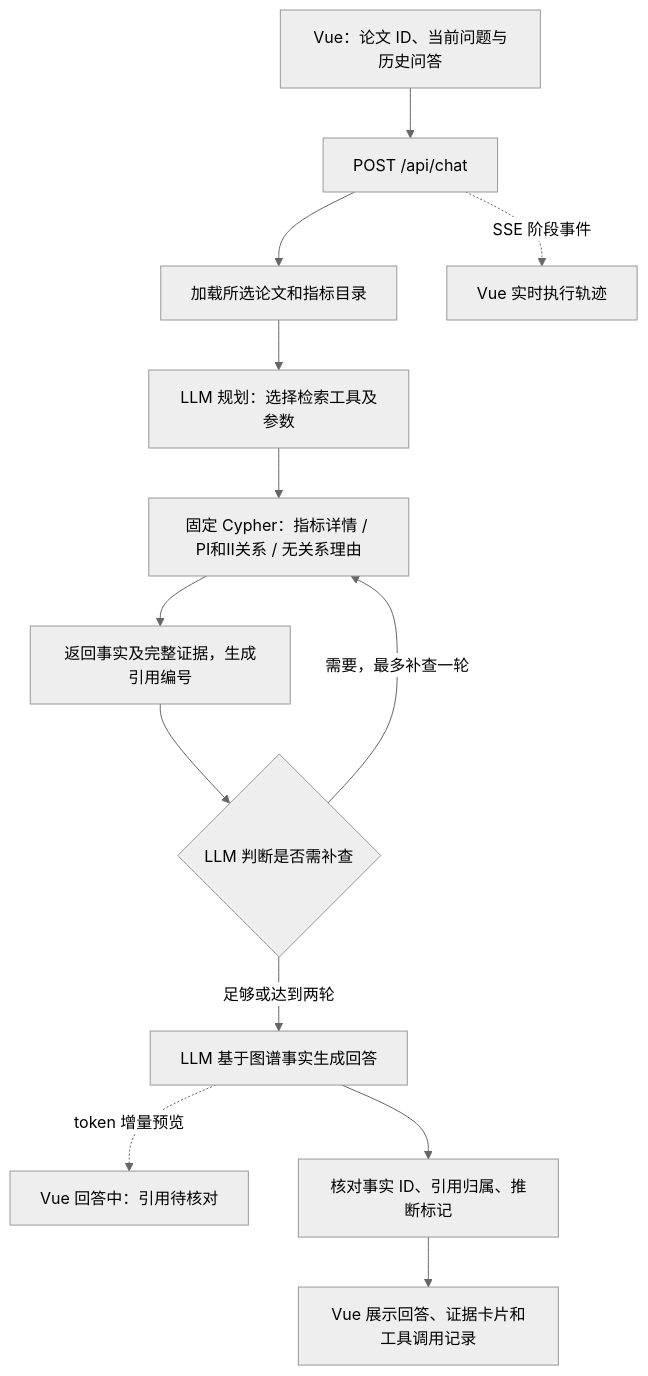
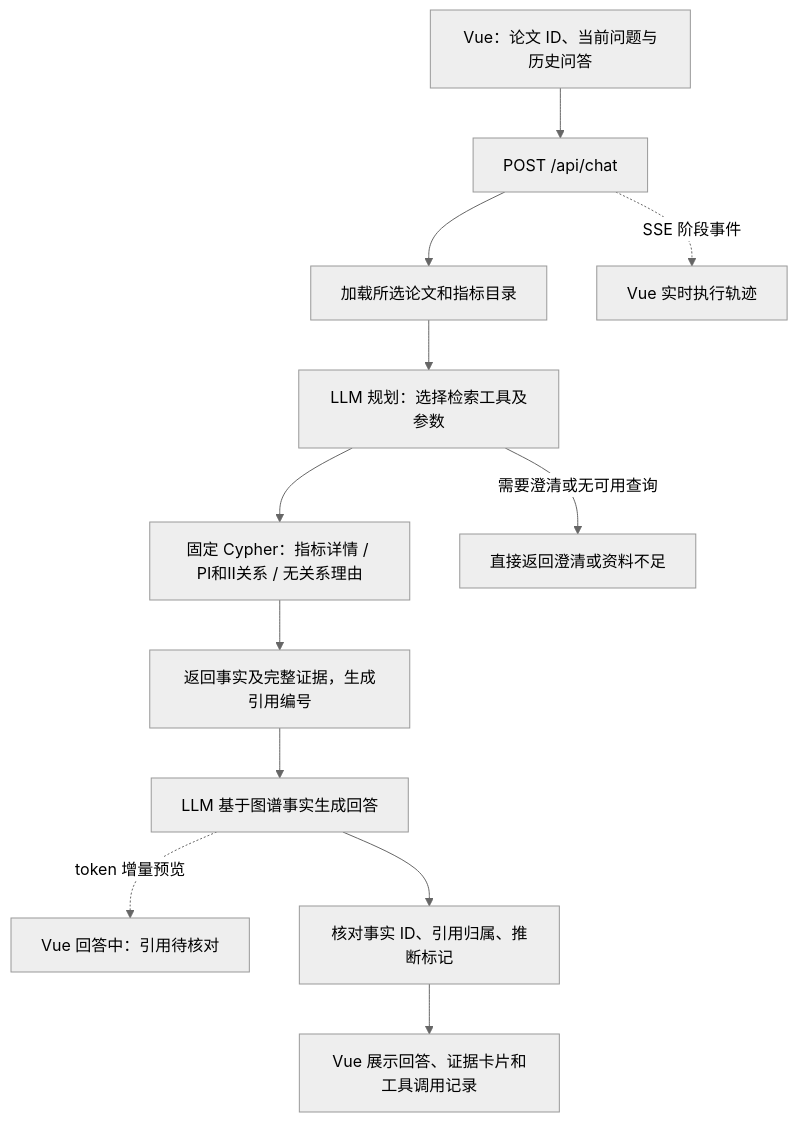
Before and after one commit to Zengzzhao/Metrics-Assistant: the fourth of 4 diagrams in README.md, drawn with Mermaid (neutral theme). The commit also changed other lines of this file and 12 other files, not shown here.

````diff
--- a/README.md
+++ b/README.md
@@ -479,15 +482,14 @@
 ```mermaid
 flowchart TD
     A[Vue：论文 ID、当前问题与历史问答] --> B[POST /api/chat]
     B --> C[加载所选论文和指标目录]
     B -. SSE 阶段事件 .-> U[Vue 实时执行轨迹]
     C --> D[LLM 规划：选择检索工具及参数]
     D --> E[固定 Cypher：指标详情 / PI和II关系 / 无关系理由]
     E --> F[返回事实及完整证据，生成引用编号]
-    F --> G{LLM 判断是否需补查}
-    G -->|需要，最多补查一轮| E
-    G -->|足够或达到两轮| H[LLM 基于图谱事实生成回答]
+    F --> H[LLM 基于图谱事实生成回答]
+    D -->|需要澄清或无可用查询| K[直接返回澄清或资料不足]
     H -. token 增量预览 .-> V[Vue 回答中：引用待核对]
     H --> I[核对事实 ID、引用归属、推断标记]
     I --> J[Vue 展示回答、证据卡片和工具调用记录]
 ```
````
